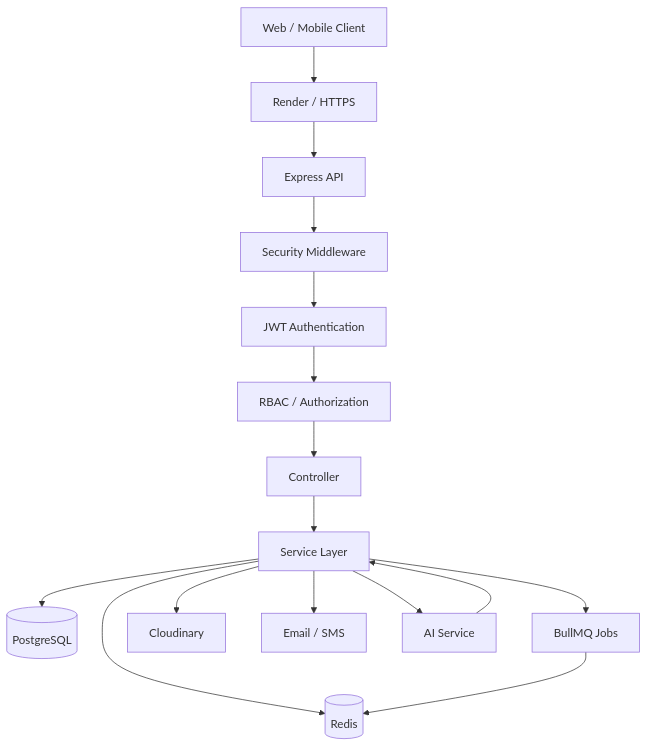
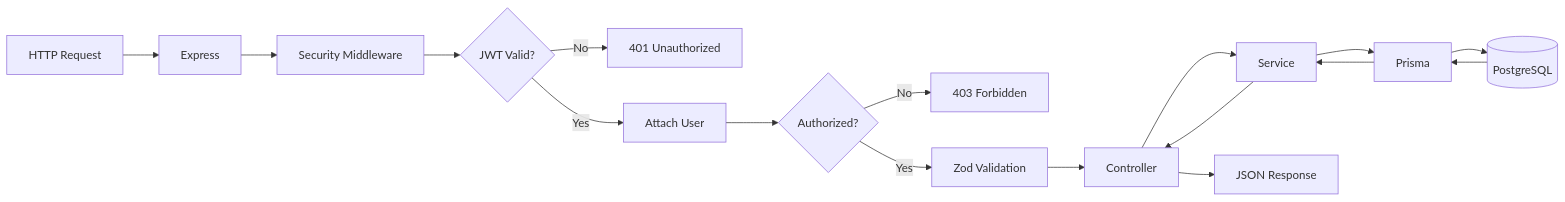
The second of 31 diagrams in README.md (SnehashisKundu/VerterxLearn-Learning-management-System), drawn with Mermaid before and after one commit. The commit also changed other lines of this file, not shown here.

````diff
--- a/README.md
+++ b/README.md
@@ -128,20 +354,23 @@
-``` mermaid
-flowchart TD
-    A[Web / Mobile Client] --> B[Render / HTTPS]
-    B --> C[Express API]
-    C --> D[Security Middleware]
-    D --> E[JWT Authentication]
-    E --> F[RBAC / Authorization]
-    F --> G[Controller]
-    G --> H[Service Layer]
+```mermaid
+flowchart LR
+    A["HTTP Request"] --> B["Express"]
+    B --> C["Security Middleware"]
+    C --> D{"JWT Valid?"}
 
-    H --> I[(PostgreSQL)]
-    H --> J[(Redis)]
-    H --> K[BullMQ Jobs]
-    H --> L[Cloudinary]
-    H --> M[Email / SMS]
-    H --> N[AI Service]
+    D -- "No" --> E["401 Unauthorized"]
+    D -- "Yes" --> F["Attach User"]
 
+    F --> G{"Authorized?"}
+    G -- "No" --> H["403 Forbidden"]
+    G -- "Yes" --> I["Zod Validation"]
+
+    I --> J["Controller"]
+    J --> K["Service"]
+    K --> L["Prisma"]
+    L --> M[("PostgreSQL")]
+
+    M --> L
+    L --> K
     K --> J
-    N --> H
+    J --> N["JSON Response"]
 ```
````
